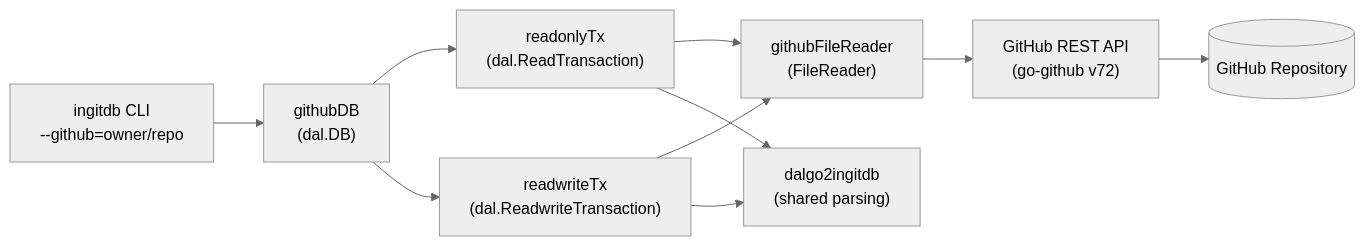
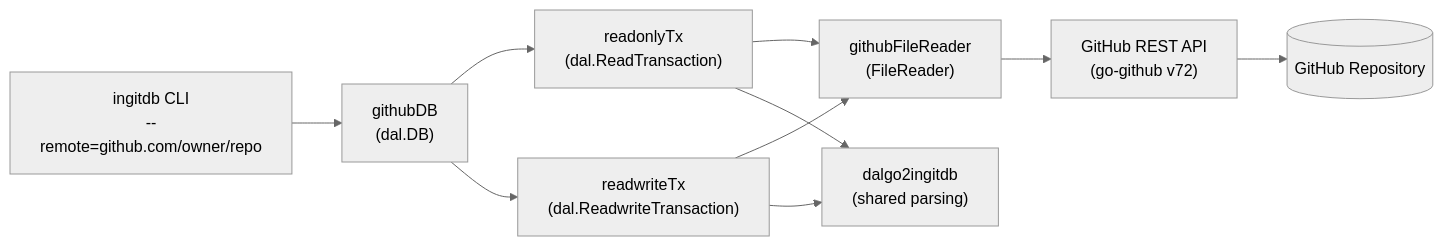
The diagram in docs/DALGO2GHINGITDB.md (ingitdb/ingitdb-cli), drawn with Mermaid (neutral theme) before and after one commit. The commit also changed other lines of this file and 35 other files, not shown here.

````diff
--- a/docs/DALGO2GHINGITDB.md
+++ b/docs/DALGO2GHINGITDB.md
@@ -26,12 +26,12 @@
 ```mermaid
 flowchart LR
-    CLI["ingitdb CLI\n--github=owner/repo"] --> DB["githubDB\n(dal.DB)"]
+    CLI["ingitdb CLI\n--remote=github.com/owner/repo"] --> DB["githubDB\n(dal.DB)"]
     DB --> ROTx["readonlyTx\n(dal.ReadTransaction)"]
     DB --> RWTx["readwriteTx\n(dal.ReadwriteTransaction)"]
     ROTx --> FR["githubFileReader\n(FileReader)"]
     RWTx --> FR
     FR --> API["GitHub REST API\n(go-github v72)"]
     API --> GH[(GitHub Repository)]
     RWTx --> shared["dalgo2ingitdb\n(shared parsing)"]
     ROTx --> shared
 ```
````
